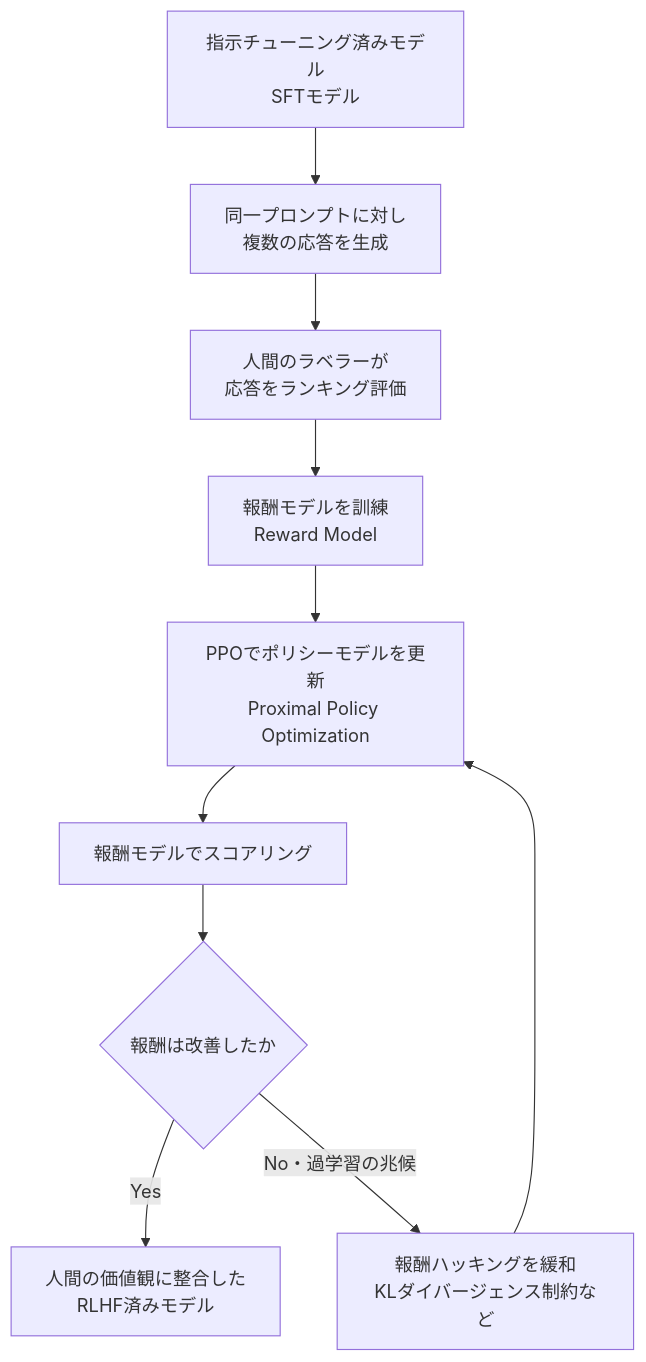
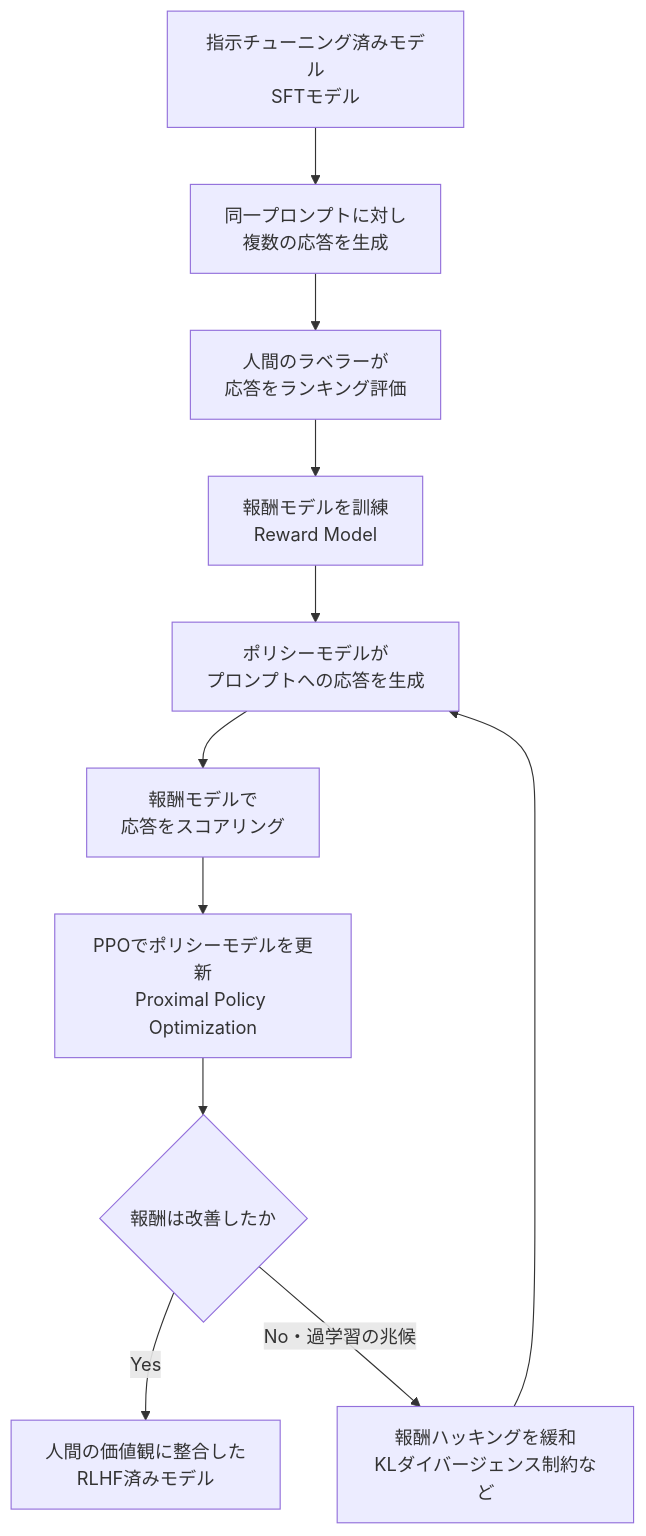
Before and after one commit to myoshi2891/Comparison-of-LLMs: the fifth of 9 diagrams in Generative-ai-on-aws-guide.md, drawn with Mermaid. The commit also changed other lines of this file and 2 other files, not shown here.

Commit message:
docs(guides): refine diagrams, explanations, and lifecycle notes in AI study guides

````diff
--- a/Generative-ai-on-aws-guide.md
+++ b/Generative-ai-on-aws-guide.md
@@ -275,12 +277,13 @@
 ```mermaid
 flowchart TB
     A["指示チューニング済みモデル<br/>SFTモデル"] --> B["同一プロンプトに対し<br/>複数の応答を生成"]
     B --> C["人間のラベラーが<br/>応答をランキング評価"]
     C --> D["報酬モデルを訓練<br/>Reward Model"]
-    D --> E["PPOでポリシーモデルを更新<br/>Proximal Policy Optimization"]
-    E --> F["報酬モデルでスコアリング"]
-    F --> G{"報酬は改善したか"}
-    G -->|"Yes"| H["人間の価値観に整合した<br/>RLHF済みモデル"]
-    G -->|"No・過学習の兆候"| I["報酬ハッキングを緩和<br/>KLダイバージェンス制約など"]
-    I --> E
+    D --> E["ポリシーモデルが<br/>プロンプトへの応答を生成"]
+    E --> F["報酬モデルで<br/>応答をスコアリング"]
+    F --> G["PPOでポリシーモデルを更新<br/>Proximal Policy Optimization"]
+    G --> H{"報酬は改善したか"}
+    H -->|"Yes"| I["人間の価値観に整合した<br/>RLHF済みモデル"]
+    H -->|"No・過学習の兆候"| J["報酬ハッキングを緩和<br/>KLダイバージェンス制約など"]
+    J --> E
 ```
````
